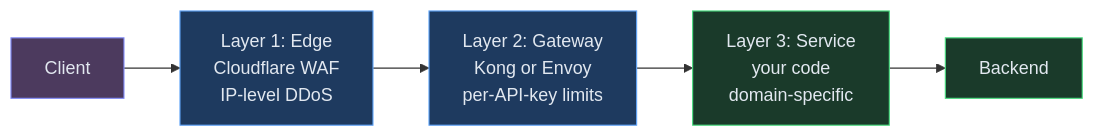
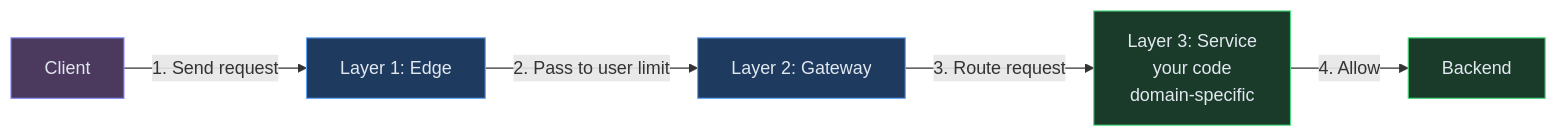
Before and after one commit to iluzn/HLD-Designs: the ninth of 15 diagrams in content/hld/RateLimiter.md, drawn with Mermaid. The commit also changed other lines of this file and 27 other files, not shown here.

````diff
--- a/content/hld/RateLimiter.md
+++ b/content/hld/RateLimiter.md
@@ -502,17 +502,17 @@
 ```mermaid
 flowchart LR
     CLIENT["Client"]:::client
-    L1["Layer 1: Edge<br/>Cloudflare WAF<br/>IP-level DDoS"]:::edge
-    L2["Layer 2: Gateway<br/>Kong or Envoy<br/>per-API-key limits"]:::edge
+    L1["Layer 1: Edge"]:::edge
+    L2["Layer 2: Gateway"]:::edge
     L3["Layer 3: Service<br/>your code<br/>domain-specific"]:::service
     API["Backend"]:::service
 
-    CLIENT --> L1
-    L1 --> L2
-    L2 --> L3
-    L3 --> API
+    CLIENT -->|"1. Send request"| L1
+    L1 -->|"2. Pass to user limit"| L2
+    L2 -->|"3. Route request"| L3
+    L3 -->|"4. Allow"| API
 
     classDef client fill:#4c3a5e,stroke:#818cf8,color:#e2e8f0
     classDef edge fill:#1e3a5f,stroke:#60a5fa,color:#e2e8f0
     classDef service fill:#1a3a2a,stroke:#4ade80,color:#e2e8f0
 ```
````
